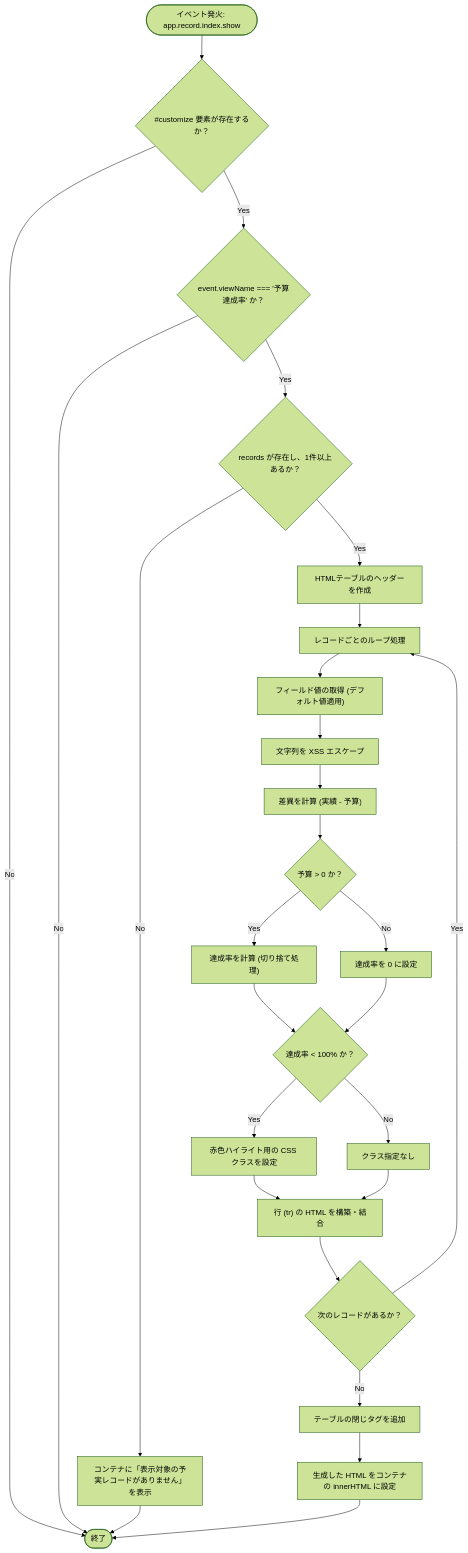
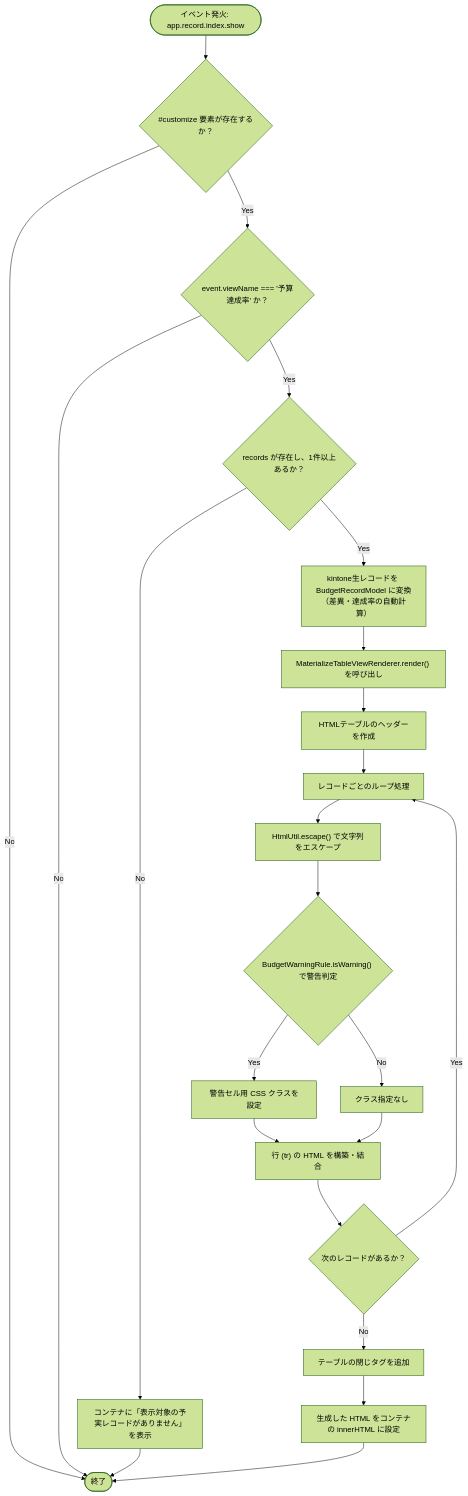
One commit to Kazu-matu/kintone-lessen changed the second of 2 diagrams in docs/budget_achievement_spec.md. Above: the diagram before and after it, drawn with Mermaid (forest theme). The commit also changed other lines of this file and 2 other files, not shown here.

````diff
--- a/docs/budget_achievement_spec.md
+++ b/docs/budget_achievement_spec.md
@@ -15,39 +72,34 @@
 ```mermaid
 flowchart TD
     Start([イベント発火: app.record.index.show]) --> GetContainer{"#customize 要素が存在するか？"}
     GetContainer -- No --> Exit([終了])
     GetContainer -- Yes --> CheckViewName{"event.viewName === '予算達成率' か？"}
     
     CheckViewName -- No --> Exit
     CheckViewName -- Yes --> CheckRecords{"records が存在し、1件以上あるか？"}
     
     CheckRecords -- No --> ShowNoData["コンテナに「表示対象の予実レコードがありません」を表示"]
     ShowNoData --> Exit
     
-    CheckRecords -- Yes --> InitTable["HTMLテーブルのヘッダーを作成"]
+    CheckRecords -- Yes --> ConvertModels["kintone生レコードを BudgetRecordModel に変換<br>（差異・達成率の自動計算）"]
+    ConvertModels --> CallRenderer["MaterializeTableViewRenderer.render() を呼び出し"]
+    
+    CallRenderer --> InitTable["HTMLテーブルのヘッダーを作成"]
     InitTable --> LoopStart["レコードごとのループ処理"]
     
-    LoopStart --> GetValues["フィールド値の取得 (デフォルト値適用)"]
-    GetValues --> Escape["文字列を XSS エスケープ"]
-    Escape --> CalcDiff["差異を計算 (実績 - 予算)"]
+    LoopStart --> Escape["HtmlUtil.escape() で文字列をエスケープ"]
+    Escape --> WarningCheck{"BudgetWarningRule.isWarning() で警告判定"}
     
-    CalcDiff --> CheckBudget{"予算 > 0 か？"}
-    CheckBudget -- Yes --> CalcRate["達成率を計算 (切り捨て処理)"]
-    CheckBudget -- No --> SetRateZero["達成率を 0 に設定"]
+    WarningCheck -- Yes --> ApplyWarningClass["警告セル用 CSS クラスを設定"]
+    WarningCheck -- No --> SetDefaultClass["クラス指定なし"]
     
-    CalcRate --> CheckRateColor{"達成率 < 100% か？"}
-    SetRateZero --> CheckRateColor
-    
-    CheckRateColor -- Yes --> SetWarningClass["赤色ハイライト用の CSS クラスを設定"]
-    CheckRateColor -- No --> SetDefaultClass["クラス指定なし"]
-    
-    SetWarningClass --> BuildRow["行 (tr) の HTML を構築・結合"]
+    ApplyWarningClass --> BuildRow["行 (tr) の HTML を構築・結合"]
     SetDefaultClass --> BuildRow
     
     BuildRow --> LoopNext{"次のレコードがあるか？"}
     LoopNext -- Yes --> LoopStart
     LoopNext -- No --> FinishTable["テーブルの閉じタグを追加"]
     
     FinishTable --> RenderHTML["生成した HTML をコンテナの innerHTML に設定"]
     RenderHTML --> Exit
 ```
````
